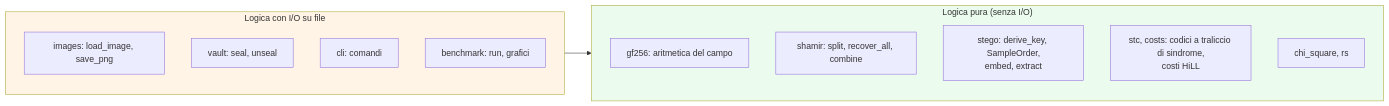
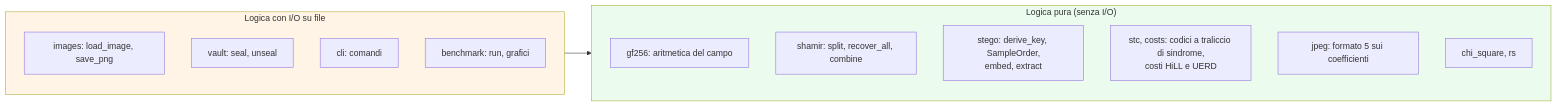
One commit to Just-Ipavon/shardpix changed the diagram in docs_it/03-function-reference.md. Above: the diagram before and after it, drawn with Mermaid. The commit also changed other lines of this file and 4 other files, not shown here.

````diff
--- a/docs_it/03-function-reference.md
+++ b/docs_it/03-function-reference.md
@@ -31,22 +31,23 @@
 ```mermaid
 graph LR
     subgraph pure["Logica pura (senza I/O)"]
         P1["gf256: aritmetica del campo"]
         P2["shamir: split, recover_all, combine"]
         P3["stego: derive_key, SampleOrder,<br/>embed, extract"]
-        P5["stc, costs: codici a traliccio di sindrome,<br/>costi HiLL"]
+        P5["stc, costs: codici a traliccio di sindrome,<br/>costi HiLL e UERD"]
+        P6["jpeg: formato 5 sui coefficienti"]
         P4["chi_square, rs"]
     end
 
     subgraph io["Logica con I/O su file"]
         I1["images: load_image, save_png"]
         I2["vault: seal, unseal"]
         I3["cli: comandi"]
         I4["benchmark: run, grafici"]
     end
 
     io --> pure
 
     style pure fill:#ebfbee
     style io fill:#fff4e6
 ```
````
